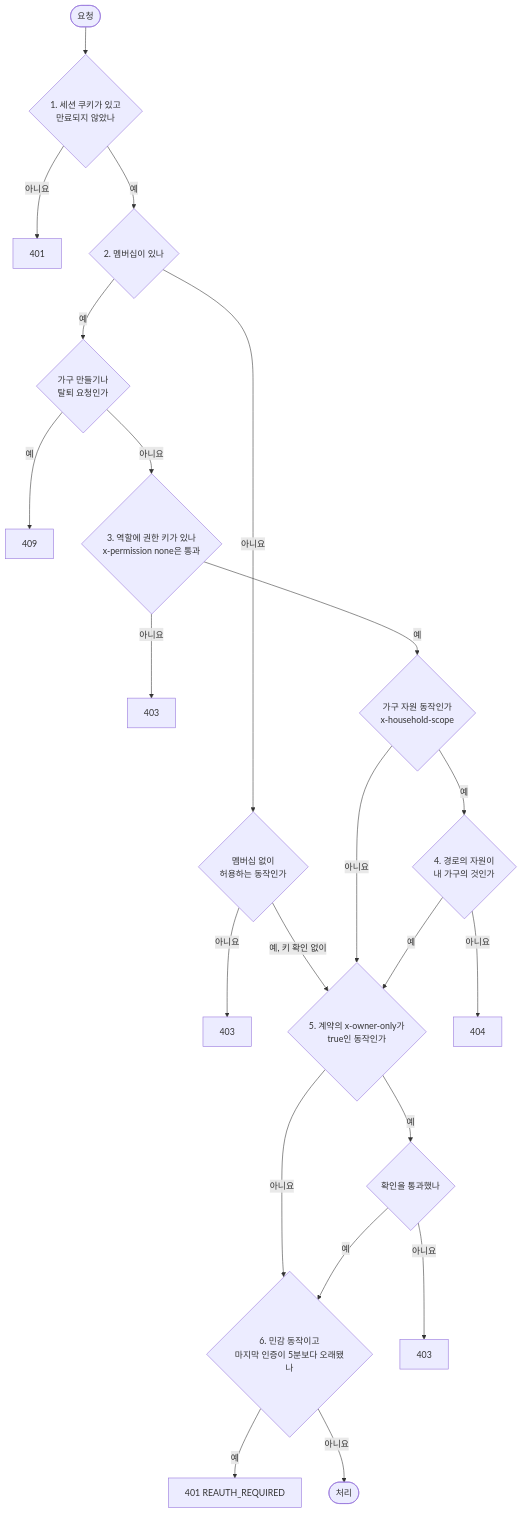
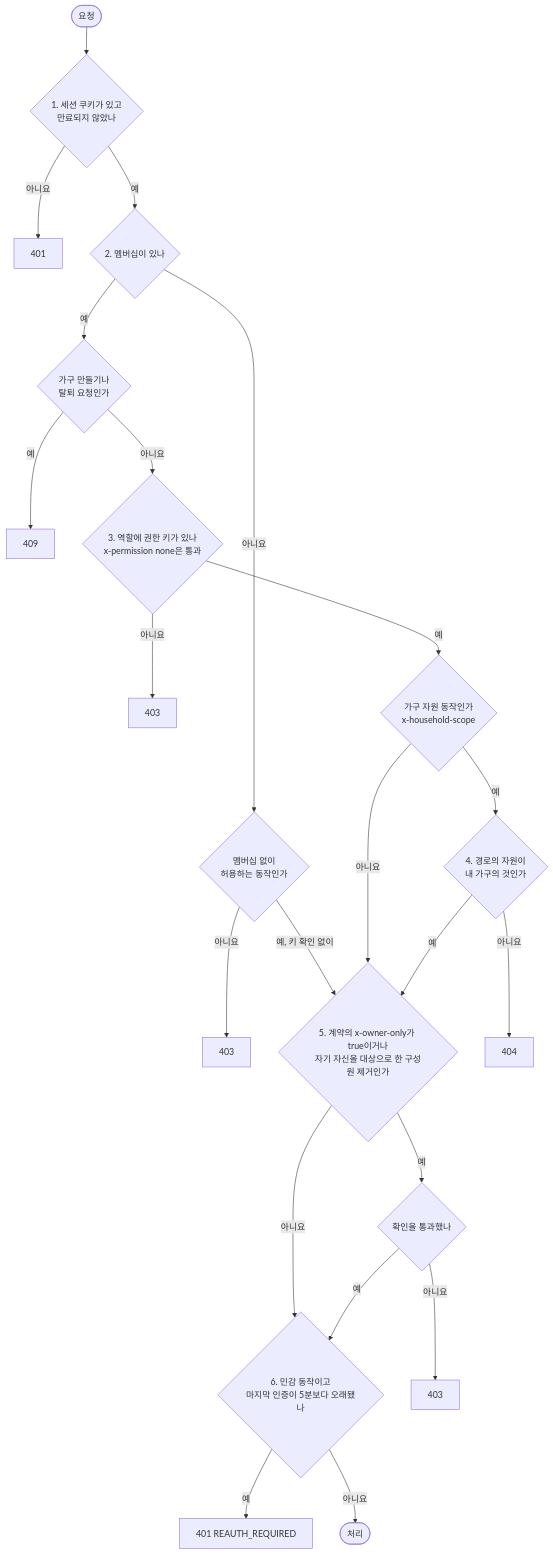
One commit to Park-Seung-Hun/real-estate changed the diagram in docs/architecture/api-conventions.md. Above: the diagram before and after it, drawn with Mermaid. The commit also changed other lines of this file and 24 other files, not shown here.

````diff
--- a/docs/architecture/api-conventions.md
+++ b/docs/architecture/api-conventions.md
@@ -95,24 +95,24 @@
 ```mermaid
 flowchart TD
   start([요청]) --> s1{1. 세션 쿠키가 있고<br/>만료되지 않았나}
   s1 -- 아니요 --> e401[401]
   s1 -- 예 --> s2{2. 멤버십이 있나}
   s2 -- 아니요 --> s2a{멤버십 없이<br/>허용하는 동작인가}
   s2a -- 아니요 --> e403a[403]
   s2a -- 예, 키 확인 없이 --> s5
   s2 -- 예 --> s2b{가구 만들기나<br/>탈퇴 요청인가}
   s2b -- 예 --> e409[409]
   s2b -- 아니요 --> s3{3. 역할에 권한 키가 있나<br/>x-permission none은 통과}
   s3 -- 아니요 --> e403b[403]
   s3 -- 예 --> s4a{가구 자원 동작인가<br/>x-household-scope}
   s4a -- 아니요 --> s5
   s4a -- 예 --> s4{4. 경로의 자원이<br/>내 가구의 것인가}
   s4 -- 아니요 --> e404[404]
-  s4 -- 예 --> s5{5. 계약의 x-owner-only가<br/>true인 동작인가}
+  s4 -- 예 --> s5{5. 계약의 x-owner-only가 true이거나<br/>자기 자신을 대상으로 한 구성원 제거인가}
   s5 -- 아니요 --> s6
   s5 -- 예 --> s5a{확인을 통과했나}
   s5a -- 아니요 --> e403c[403]
   s5a -- 예 --> s6{6. 민감 동작이고<br/>마지막 인증이 5분보다 오래됐나}
   s6 -- 예 --> e401r[401 REAUTH_REQUIRED]
   s6 -- 아니요 --> ok([처리])
 ```
````
